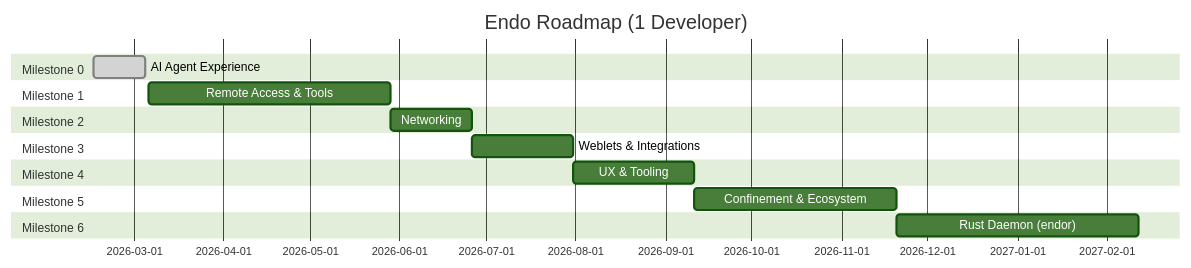
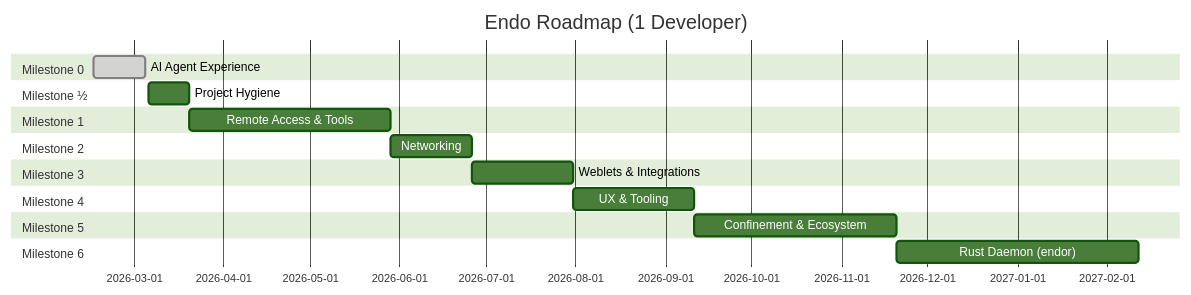
Before and after one commit to jbotson/endo-but-for-bots: the second of 2 diagrams in designs/README.md, drawn with Mermaid (forest theme). The commit also changed other lines of this file, not shown here.

Commit message:
groom(designs): extract Milestone ½ for project-hygiene work

````diff
--- a/designs/README.md
+++ b/designs/README.md
@@ -717,26 +750,29 @@
 ```mermaid
 gantt
     title Endo Roadmap (1 Developer)
     dateFormat YYYY-MM-DD
 
     section Milestone 0
     AI Agent Experience           :done, m0, 2026-02-15, 2026-03-05
 
+    section Milestone ½
+    Project Hygiene               :mhalf, 2026-03-06, 2w
+
     section Milestone 1
-    Remote Access & Tools         :m1, 2026-03-06, 12w
+    Remote Access & Tools         :m1, after mhalf, 10w
 
     section Milestone 2
     Networking                    :m2, after m1, 4w
 
     section Milestone 3
     Weblets & Integrations        :m3, after m2, 5w
 
     section Milestone 4
     UX & Tooling                  :m4, after m3, 6w
 
     section Milestone 5
     Confinement & Ecosystem       :m5, after m4, 10w
 
     section Milestone 6
     Rust Daemon (endor)           :m6, after m5, 12w
 ```
````
